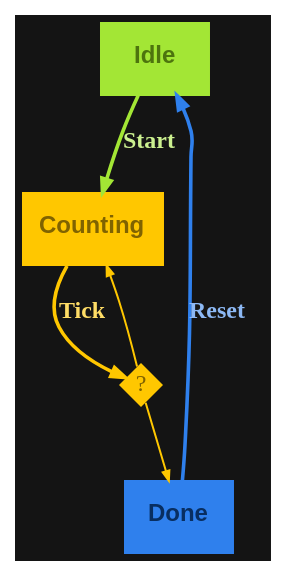
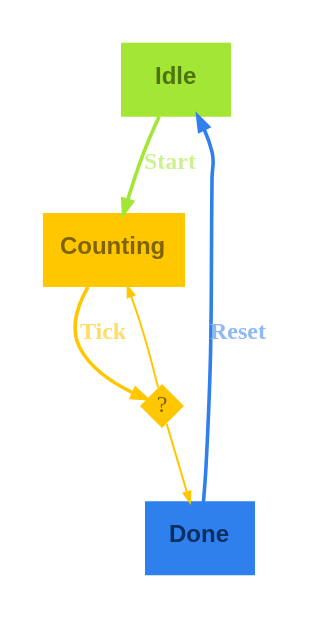
The diagram in renders/count-down.dot (m-bock/purescript-transit), drawn with Graphviz before and after one commit. The commit also changed 40 other files, not shown here.

```diff
--- a/renders/count-down.dot
+++ b/renders/count-down.dot
@@ -1,13 +1,13 @@
 digraph 
 {
-rankdir = "TD";fontname = "Arial";labelloc = "t";fontsize = 12;bgcolor = "#141414";color = "#c8c8c8";fontcolor = "#c8c8c8"
+rankdir = "TD";fontname = "Arial";labelloc = "t";fontsize = 12;bgcolor = "#00000000";color = "#c8c8c8";fontcolor = "#c8c8c8";pad = 0.2
 Idle [shape = "box", label = <<b>Idle</b>>, fontsize = 12, style = "filled", fillcolor = "#a3e635", fontcolor = "#4d740e", color = "#a3e635", fontname = "Arial", labelloc = "c", penwidth = 1.0]
 Idle -> Counting [color = "#a3e635", fontcolor = "#ccf190", fontsize = 12, arrowsize = "0.7", label = <<b>Start</b>>, penwidth = 1.8]
 Counting [shape = "box", label = <<b>Counting</b>>, fontsize = 12, style = "filled", fillcolor = "#ffc700", fontcolor = "#806300", color = "#ffc700", fontname = "Arial", labelloc = "c", penwidth = 1.0]
 decision_Counting_Tick [shape = "diamond", label = "?", fontsize = 12, fontcolor = "#806300", style = "filled", fillcolor = "#ffc700", penwidth = 0.0, fixedsize = true, width = 0.3, height = 0.3]
 Counting -> decision_Counting_Tick [color = "#ffc700", fontcolor = "#ffdd66", fontsize = 12, arrowsize = "0.7", label = <<b>Tick</b>>, penwidth = 1.8]
 decision_Counting_Tick -> Done [color = "#ffc700", fontcolor = "#ffdd66", fontsize = 10, arrowsize = "0.5", penwidth = 1.0]
 decision_Counting_Tick -> Counting [color = "#ffc700", fontcolor = "#ffdd66", fontsize = 10, arrowsize = "0.5", penwidth = 1.0]
 Done [shape = "box", label = <<b>Done</b>>, fontsize = 12, style = "filled", fillcolor = "#2f80ed", fontcolor = "#082e61", color = "#2f80ed", fontname = "Arial", labelloc = "c", penwidth = 1.0]
 Done -> Idle [color = "#2f80ed", fontcolor = "#8db9f5", fontsize = 12, arrowsize = "0.7", label = <<b>Reset</b>>, penwidth = 1.8]
 }
```
